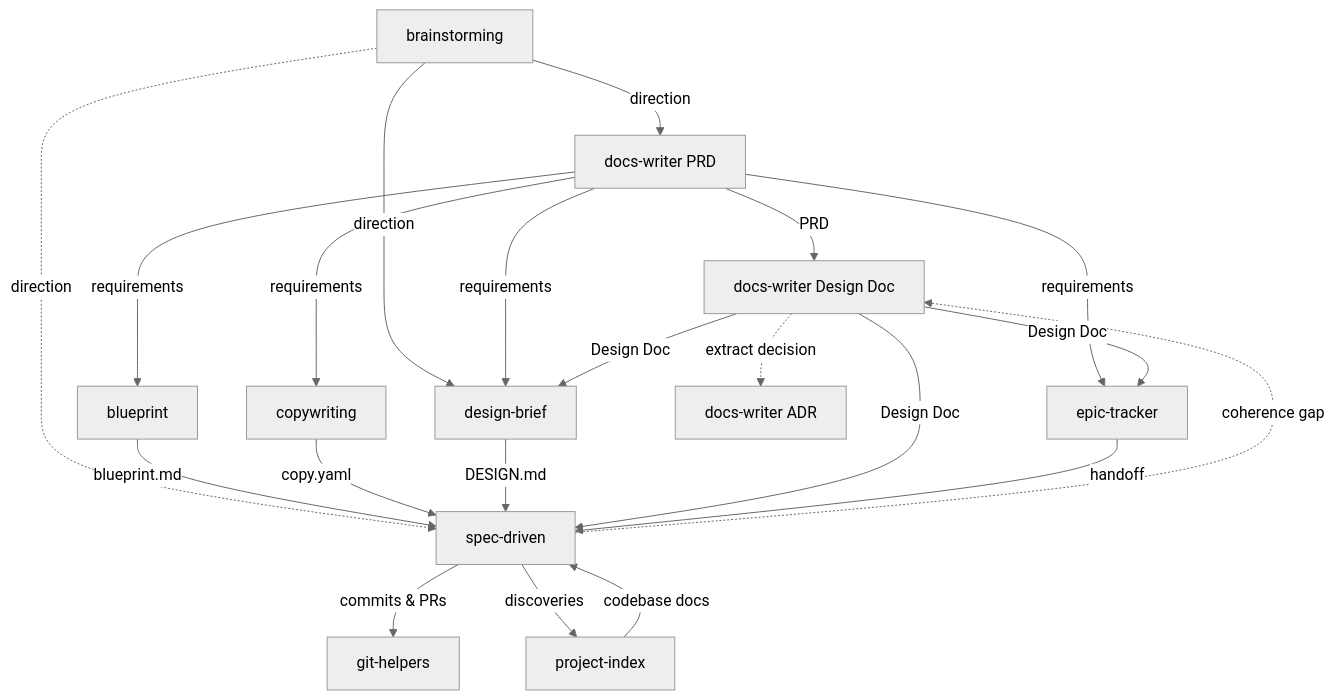
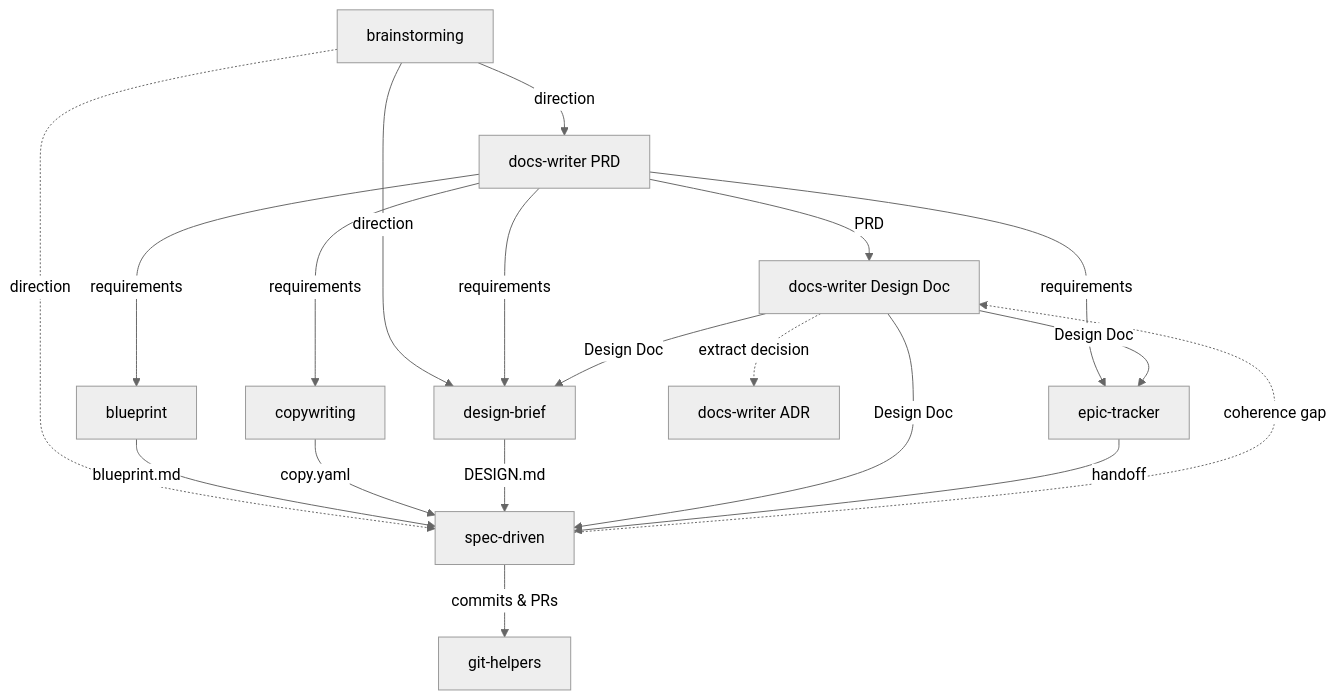
Before and after one commit to adeonir/agent-skills: the diagram in README.md, drawn with Mermaid (neutral theme). The commit also changed other lines of this file and 17 other files, not shown here.

First line of the commit message:
refactor: retire project-index skill

````diff
--- a/README.md
+++ b/README.md
@@ -40,23 +39,21 @@
 ```mermaid
 flowchart TD
     BR[brainstorming] -->|direction| DW_PRD[docs-writer PRD]
     BR -->|direction| DB[design-brief]
     BR -.->|direction| SD[spec-driven]
     DW_PRD -->|PRD| DW_DD[docs-writer Design Doc]
     DW_PRD -->|requirements| ET[epic-tracker]
     DW_PRD -->|requirements| DB
     DW_PRD -->|requirements| BP[blueprint]
     DW_PRD -->|requirements| CW[copywriting]
     BP -->|blueprint.md| SD
     CW -->|copy.yaml| SD
     DB -->|DESIGN.md| SD
     DW_DD -->|Design Doc| SD
     DW_DD -->|Design Doc| ET
     DW_DD -->|Design Doc| DB
     DW_DD -.->|extract decision| DW_ADR[docs-writer ADR]
     ET -->|handoff| SD
-    PI[project-index] -->|codebase docs| SD
     SD -->|commits & PRs| GH[git-helpers]
-    SD -->|discoveries| PI
     SD -.->|coherence gap| DW_DD
 ```
````
